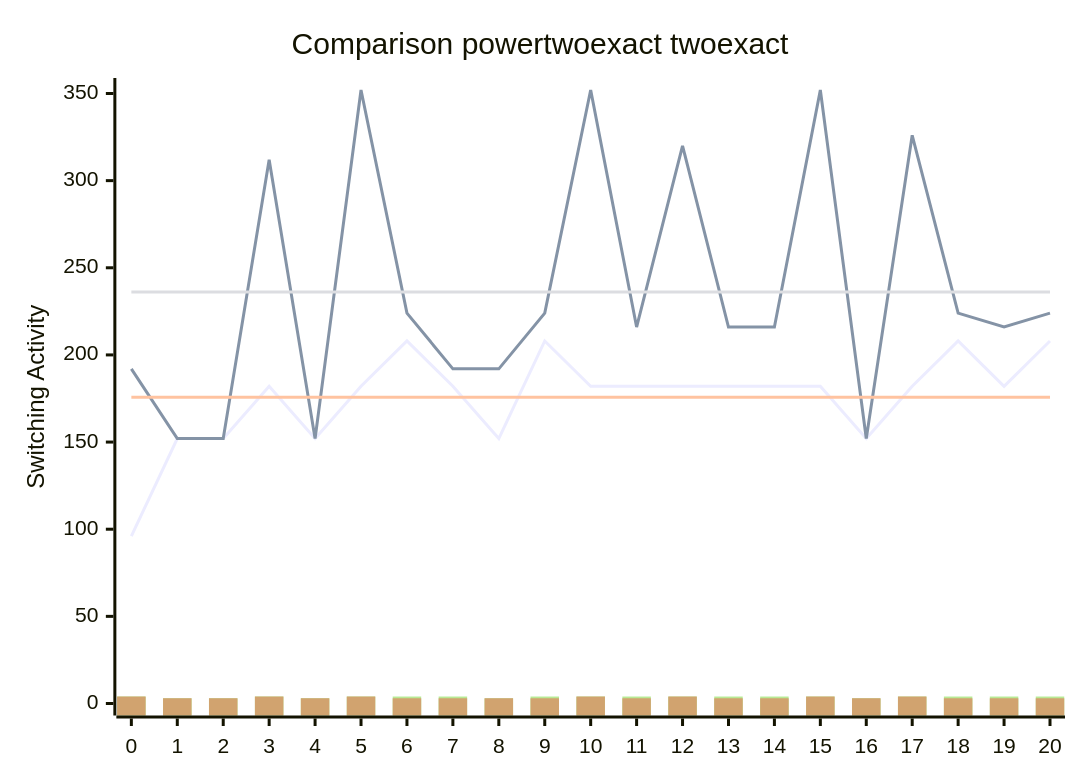
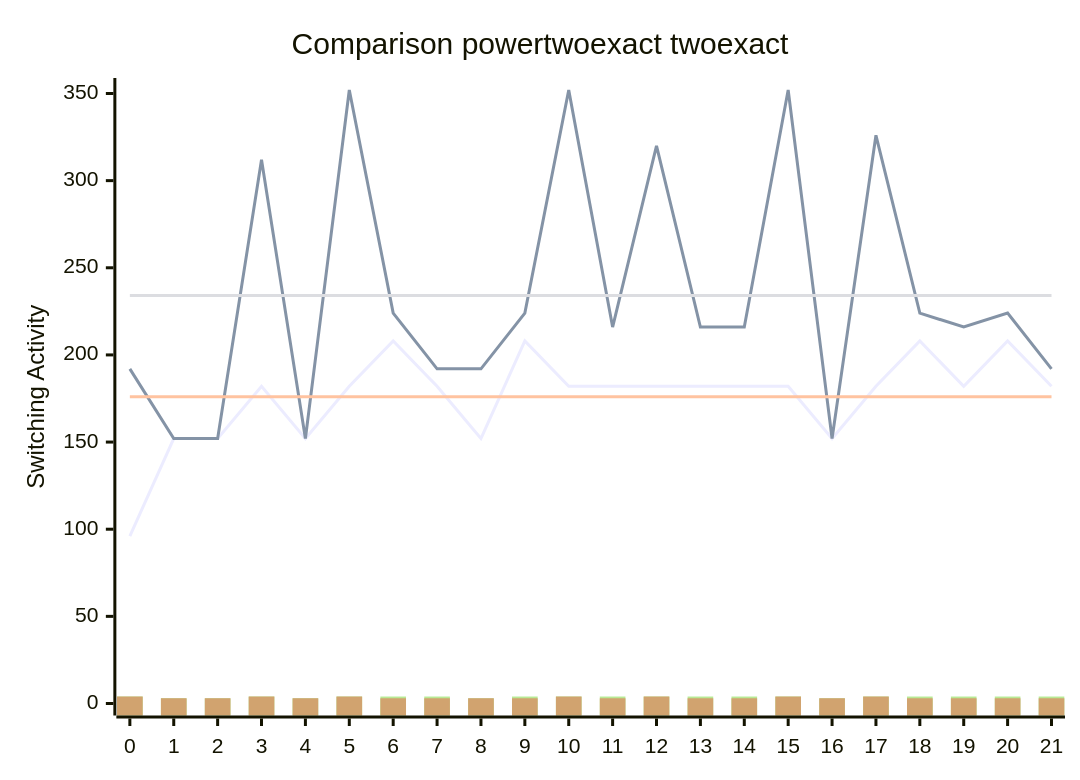
One commit to FeldmeierMichael/Exact-Power-Synthesis changed the diagram in benchmark.md. Above: the diagram before and after it, drawn with Mermaid. The commit also changed other lines of this file and 2 other files, not shown here.

````diff
--- a/benchmark.md
+++ b/benchmark.md
@@ -43,12 +45,12 @@
 ```mermaid
 xychart-beta
     title "Comparison powertwoexact twoexact"
-    x-axis [0, 1, 2, 3, 4, 5, 6, 7, 8, 9, 10, 11, 12, 13, 14, 15, 16, 17, 18, 19, 20]
+    x-axis [0, 1, 2, 3, 4, 5, 6, 7, 8, 9, 10, 11, 12, 13, 14, 15, 16, 17, 18, 19, 20, 21]
     y-axis "Switching Activity" 0-->352
-    line [96, 152, 152, 182, 152, 182, 208, 182, 152, 208, 182, 182, 182, 182, 182, 182, 152, 182, 208, 182, 208]
-    line [192, 152, 152, 312, 152, 352, 224, 192, 192, 224, 352, 216, 320, 216, 216, 352, 152, 326, 224, 216, 224]
-    line [175.71428571428572, 175.71428571428572, 175.71428571428572, 175.71428571428572, 175.71428571428572, 175.71428571428572, 175.71428571428572, 175.71428571428572, 175.71428571428572, 175.71428571428572, 175.71428571428572, 175.71428571428572, 175.71428571428572, 175.71428571428572, 175.71428571428572, 175.71428571428572, 175.71428571428572, 175.71428571428572, 175.71428571428572, 175.71428571428572, 175.71428571428572]
-    line [236.0952380952381, 236.0952380952381, 236.0952380952381, 236.0952380952381, 236.0952380952381, 236.0952380952381, 236.0952380952381, 236.0952380952381, 236.0952380952381, 236.0952380952381, 236.0952380952381, 236.0952380952381, 236.0952380952381, 236.0952380952381, 236.0952380952381, 236.0952380952381, 236.0952380952381, 236.0952380952381, 236.0952380952381, 236.0952380952381, 236.0952380952381]
-    bar [4, 3, 3, 4, 3, 4, 4, 4, 3, 4, 4, 4, 4, 4, 4, 4, 3, 4, 4, 4, 4, 4, 3, 3, 4, 3, 4, 4, 4, 3, 4, 4, 4, 4, 4, 4, 4, 3, 4, 4, 4, 4, 4, 3, 3, 4, 3, 4, 4, 4, 3, 4, 4, 4, 4, 4, 4, 4, 3, 4, 4, 4, 4, 4, 3, 3, 4, 3, 4, 4, 4, 3, 4, 4, 4, 4, 4, 4, 4, 3, 4, 4, 4, 4, 4, 3, 3, 4, 3, 4, 4, 4, 3, 4, 4, 4, 4, 4, 4, 4, 3, 4, 4, 4, 4, 4, 3, 3, 4, 3, 4, 4, 4, 3, 4, 4, 4, 4, 4, 4, 4, 3, 4, 4, 4, 4, 4, 3, 3, 4, 3, 4, 4, 4, 3, 4, 4, 4, 4, 4, 4, 4, 3, 4, 4, 4, 4, 4, 3, 3, 4, 3, 4, 4, 4, 3, 4, 4, 4, 4, 4, 4, 4, 3, 4, 4, 4, 4, 4, 3, 3, 4, 3, 4, 4, 4, 3, 4, 4, 4, 4, 4, 4, 4, 3, 4, 4, 4, 4, 4, 3, 3, 4, 3, 4, 4, 4, 3, 4, 4, 4, 4, 4, 4, 4, 3, 4, 4, 4, 4, 4, 3, 3, 4, 3, 4, 4, 4, 3, 4, 4, 4, 4, 4, 4, 4, 3, 4, 4, 4, 4, 4, 3, 3, 4, 3, 4, 4, 4, 3, 4, 4, 4, 4, 4, 4, 4, 3, 4, 4, 4, 4, 4, 3, 3, 4, 3, 4, 4, 4, 3, 4, 4, 4, 4, 4, 4, 4, 3, 4, 4, 4, 4, 4, 3, 3, 4, 3, 4, 4, 4, 3, 4, 4, 4, 4, 4, 4, 4, 3, 4, 4, 4, 4, 4, 3, 3, 4, 3, 4, 4, 4, 3, 4, 4, 4, 4, 4, 4, 4, 3, 4, 4, 4, 4, 4, 3, 3, 4, 3, 4, 4, 4, 3, 4, 4, 4, 4, 4, 4, 4, 3, 4, 4, 4, 4, 4, 3, 3, 4, 3, 4, 4, 4, 3, 4, 4, 4, 4, 4, 4, 4, 3, 4, 4, 4, 4, 4, 3, 3, 4, 3, 4, 4, 4, 3, 4, 4, 4, 4, 4, 4, 4, 3, 4, 4, 4, 4, 4, 3, 3, 4, 3, 4, 4, 4, 3, 4, 4, 4, 4, 4, 4, 4, 3, 4, 4, 4, 4, 4, 3, 3, 4, 3, 4, 4, 4, 3, 4, 4, 4, 4, 4, 4, 4, 3, 4, 4, 4, 4]
-    bar [4, 3, 3, 4, 3, 4, 3, 3, 3, 3, 4, 3, 4, 3, 3, 4, 3, 4, 3, 3, 3, 4, 3, 3, 4, 3, 4, 3, 3, 3, 3, 4, 3, 4, 3, 3, 4, 3, 4, 3, 3, 3, 4, 3, 3, 4, 3, 4, 3, 3, 3, 3, 4, 3, 4, 3, 3, 4, 3, 4, 3, 3, 3, 4, 3, 3, 4, 3, 4, 3, 3, 3, 3, 4, 3, 4, 3, 3, 4, 3, 4, 3, 3, 3, 4, 3, 3, 4, 3, 4, 3, 3, 3, 3, 4, 3, 4, 3, 3, 4, 3, 4, 3, 3, 3, 4, 3, 3, 4, 3, 4, 3, 3, 3, 3, 4, 3, 4, 3, 3, 4, 3, 4, 3, 3, 3, 4, 3, 3, 4, 3, 4, 3, 3, 3, 3, 4, 3, 4, 3, 3, 4, 3, 4, 3, 3, 3, 4, 3, 3, 4, 3, 4, 3, 3, 3, 3, 4, 3, 4, 3, 3, 4, 3, 4, 3, 3, 3, 4, 3, 3, 4, 3, 4, 3, 3, 3, 3, 4, 3, 4, 3, 3, 4, 3, 4, 3, 3, 3, 4, 3, 3, 4, 3, 4, 3, 3, 3, 3, 4, 3, 4, 3, 3, 4, 3, 4, 3, 3, 3, 4, 3, 3, 4, 3, 4, 3, 3, 3, 3, 4, 3, 4, 3, 3, 4, 3, 4, 3, 3, 3, 4, 3, 3, 4, 3, 4, 3, 3, 3, 3, 4, 3, 4, 3, 3, 4, 3, 4, 3, 3, 3, 4, 3, 3, 4, 3, 4, 3, 3, 3, 3, 4, 3, 4, 3, 3, 4, 3, 4, 3, 3, 3, 4, 3, 3, 4, 3, 4, 3, 3, 3, 3, 4, 3, 4, 3, 3, 4, 3, 4, 3, 3, 3, 4, 3, 3, 4, 3, 4, 3, 3, 3, 3, 4, 3, 4, 3, 3, 4, 3, 4, 3, 3, 3, 4, 3, 3, 4, 3, 4, 3, 3, 3, 3, 4, 3, 4, 3, 3, 4, 3, 4, 3, 3, 3, 4, 3, 3, 4, 3, 4, 3, 3, 3, 3, 4, 3, 4, 3, 3, 4, 3, 4, 3, 3, 3, 4, 3, 3, 4, 3, 4, 3, 3, 3, 3, 4, 3, 4, 3, 3, 4, 3, 4, 3, 3, 3, 4, 3, 3, 4, 3, 4, 3, 3, 3, 3, 4, 3, 4, 3, 3, 4, 3, 4, 3, 3, 3, 4, 3, 3, 4, 3, 4, 3, 3, 3, 3, 4, 3, 4, 3, 3, 4, 3, 4, 3, 3, 3]
+    line [96, 152, 152, 182, 152, 182, 208, 182, 152, 208, 182, 182, 182, 182, 182, 182, 152, 182, 208, 182, 208, 182]
+    line [192, 152, 152, 312, 152, 352, 224, 192, 192, 224, 352, 216, 320, 216, 216, 352, 152, 326, 224, 216, 224, 192]
+    line [176.0, 176.0, 176.0, 176.0, 176.0, 176.0, 176.0, 176.0, 176.0, 176.0, 176.0, 176.0, 176.0, 176.0, 176.0, 176.0, 176.0, 176.0, 176.0, 176.0, 176.0, 176.0]
+    line [234.0909090909091, 234.0909090909091, 234.0909090909091, 234.0909090909091, 234.0909090909091, 234.0909090909091, 234.0909090909091, 234.0909090909091, 234.0909090909091, 234.0909090909091, 234.0909090909091, 234.0909090909091, 234.0909090909091, 234.0909090909091, 234.0909090909091, 234.0909090909091, 234.0909090909091, 234.0909090909091, 234.0909090909091, 234.0909090909091, 234.0909090909091, 234.0909090909091]
+    bar [4, 3, 3, 4, 3, 4, 4, 4, 3, 4, 4, 4, 4, 4, 4, 4, 3, 4, 4, 4, 4, 4, 4, 3, 3, 4, 3, 4, 4, 4, 3, 4, 4, 4, 4, 4, 4, 4, 3, 4, 4, 4, 4, 4, 4, 3, 3, 4, 3, 4, 4, 4, 3, 4, 4, 4, 4, 4, 4, 4, 3, 4, 4, 4, 4, 4, 4, 3, 3, 4, 3, 4, 4, 4, 3, 4, 4, 4, 4, 4, 4, 4, 3, 4, 4, 4, 4, 4, 4, 3, 3, 4, 3, 4, 4, 4, 3, 4, 4, 4, 4, 4, 4, 4, 3, 4, 4, 4, 4, 4, 4, 3, 3, 4, 3, 4, 4, 4, 3, 4, 4, 4, 4, 4, 4, 4, 3, 4, 4, 4, 4, 4, 4, 3, 3, 4, 3, 4, 4, 4, 3, 4, 4, 4, 4, 4, 4, 4, 3, 4, 4, 4, 4, 4, 4, 3, 3, 4, 3, 4, 4, 4, 3, 4, 4, 4, 4, 4, 4, 4, 3, 4, 4, 4, 4, 4, 4, 3, 3, 4, 3, 4, 4, 4, 3, 4, 4, 4, 4, 4, 4, 4, 3, 4, 4, 4, 4, 4, 4, 3, 3, 4, 3, 4, 4, 4, 3, 4, 4, 4, 4, 4, 4, 4, 3, 4, 4, 4, 4, 4, 4, 3, 3, 4, 3, 4, 4, 4, 3, 4, 4, 4, 4, 4, 4, 4, 3, 4, 4, 4, 4, 4, 4, 3, 3, 4, 3, 4, 4, 4, 3, 4, 4, 4, 4, 4, 4, 4, 3, 4, 4, 4, 4, 4, 4, 3, 3, 4, 3, 4, 4, 4, 3, 4, 4, 4, 4, 4, 4, 4, 3, 4, 4, 4, 4, 4, 4, 3, 3, 4, 3, 4, 4, 4, 3, 4, 4, 4, 4, 4, 4, 4, 3, 4, 4, 4, 4, 4, 4, 3, 3, 4, 3, 4, 4, 4, 3, 4, 4, 4, 4, 4, 4, 4, 3, 4, 4, 4, 4, 4, 4, 3, 3, 4, 3, 4, 4, 4, 3, 4, 4, 4, 4, 4, 4, 4, 3, 4, 4, 4, 4, 4, 4, 3, 3, 4, 3, 4, 4, 4, 3, 4, 4, 4, 4, 4, 4, 4, 3, 4, 4, 4, 4, 4, 4, 3, 3, 4, 3, 4, 4, 4, 3, 4, 4, 4, 4, 4, 4, 4, 3, 4, 4, 4, 4, 4, 4, 3, 3, 4, 3, 4, 4, 4, 3, 4, 4, 4, 4, 4, 4, 4, 3, 4, 4, 4, 4, 4, 4, 3, 3, 4, 3, 4, 4, 4, 3, 4, 4, 4, 4, 4, 4, 4, 3, 4, 4, 4, 4, 4]
+    bar [4, 3, 3, 4, 3, 4, 3, 3, 3, 3, 4, 3, 4, 3, 3, 4, 3, 4, 3, 3, 3, 3, 4, 3, 3, 4, 3, 4, 3, 3, 3, 3, 4, 3, 4, 3, 3, 4, 3, 4, 3, 3, 3, 3, 4, 3, 3, 4, 3, 4, 3, 3, 3, 3, 4, 3, 4, 3, 3, 4, 3, 4, 3, 3, 3, 3, 4, 3, 3, 4, 3, 4, 3, 3, 3, 3, 4, 3, 4, 3, 3, 4, 3, 4, 3, 3, 3, 3, 4, 3, 3, 4, 3, 4, 3, 3, 3, 3, 4, 3, 4, 3, 3, 4, 3, 4, 3, 3, 3, 3, 4, 3, 3, 4, 3, 4, 3, 3, 3, 3, 4, 3, 4, 3, 3, 4, 3, 4, 3, 3, 3, 3, 4, 3, 3, 4, 3, 4, 3, 3, 3, 3, 4, 3, 4, 3, 3, 4, 3, 4, 3, 3, 3, 3, 4, 3, 3, 4, 3, 4, 3, 3, 3, 3, 4, 3, 4, 3, 3, 4, 3, 4, 3, 3, 3, 3, 4, 3, 3, 4, 3, 4, 3, 3, 3, 3, 4, 3, 4, 3, 3, 4, 3, 4, 3, 3, 3, 3, 4, 3, 3, 4, 3, 4, 3, 3, 3, 3, 4, 3, 4, 3, 3, 4, 3, 4, 3, 3, 3, 3, 4, 3, 3, 4, 3, 4, 3, 3, 3, 3, 4, 3, 4, 3, 3, 4, 3, 4, 3, 3, 3, 3, 4, 3, 3, 4, 3, 4, 3, 3, 3, 3, 4, 3, 4, 3, 3, 4, 3, 4, 3, 3, 3, 3, 4, 3, 3, 4, 3, 4, 3, 3, 3, 3, 4, 3, 4, 3, 3, 4, 3, 4, 3, 3, 3, 3, 4, 3, 3, 4, 3, 4, 3, 3, 3, 3, 4, 3, 4, 3, 3, 4, 3, 4, 3, 3, 3, 3, 4, 3, 3, 4, 3, 4, 3, 3, 3, 3, 4, 3, 4, 3, 3, 4, 3, 4, 3, 3, 3, 3, 4, 3, 3, 4, 3, 4, 3, 3, 3, 3, 4, 3, 4, 3, 3, 4, 3, 4, 3, 3, 3, 3, 4, 3, 3, 4, 3, 4, 3, 3, 3, 3, 4, 3, 4, 3, 3, 4, 3, 4, 3, 3, 3, 3, 4, 3, 3, 4, 3, 4, 3, 3, 3, 3, 4, 3, 4, 3, 3, 4, 3, 4, 3, 3, 3, 3, 4, 3, 3, 4, 3, 4, 3, 3, 3, 3, 4, 3, 4, 3, 3, 4, 3, 4, 3, 3, 3, 3, 4, 3, 3, 4, 3, 4, 3, 3, 3, 3, 4, 3, 4, 3, 3, 4, 3, 4, 3, 3, 3, 3]
 ```
````
